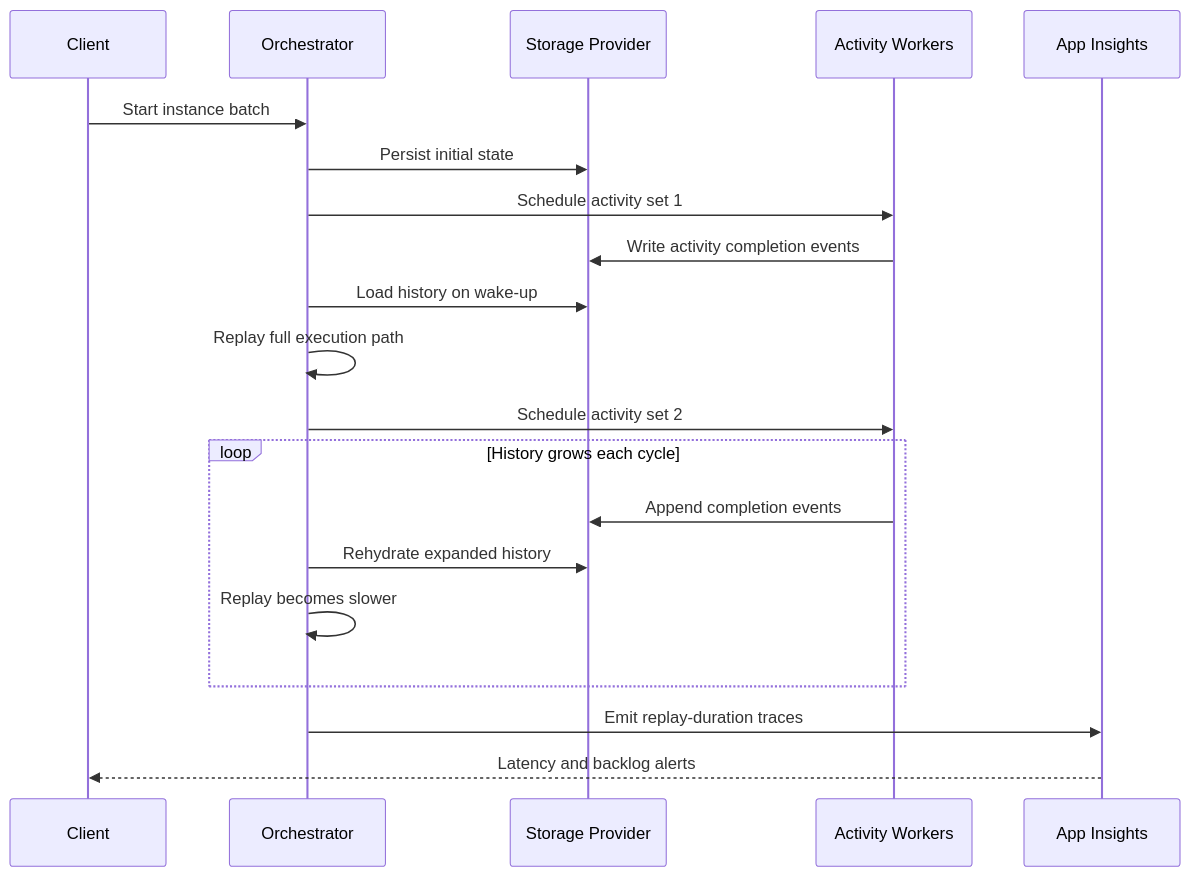
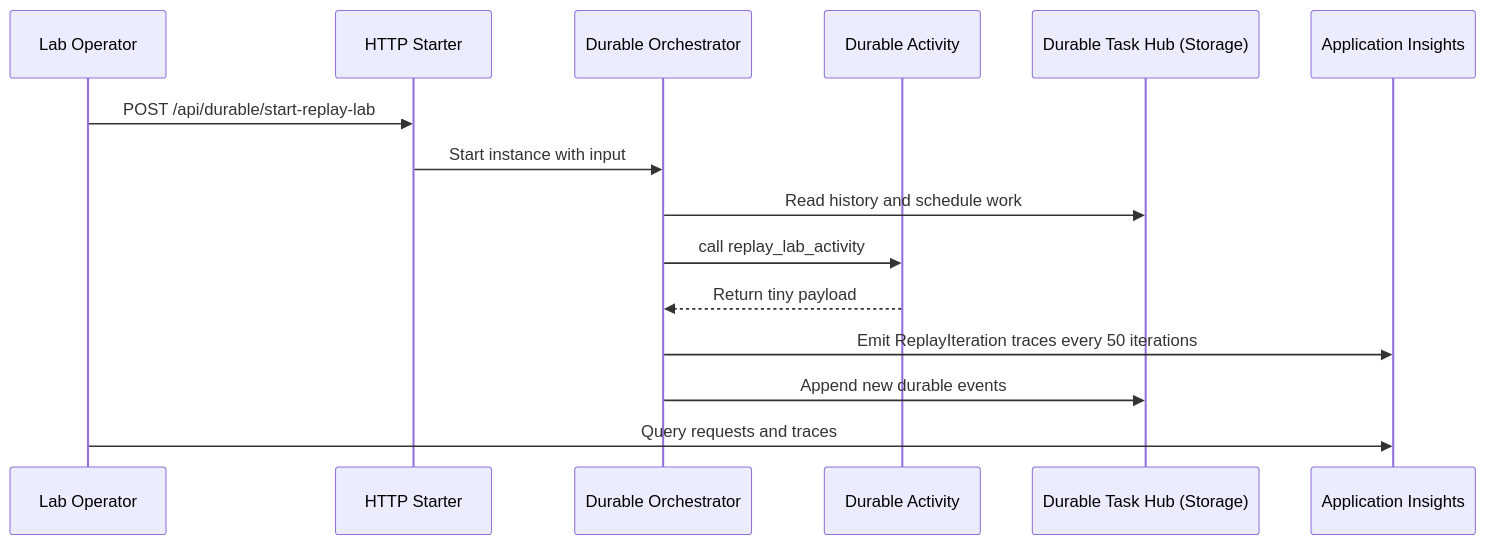
Before and after one commit to yeongseon/azure-functions-practical-guide: the second of 6 diagrams in docs/troubleshooting/lab-guides/durable-replay-storm.md, drawn with Mermaid. The commit also changed other lines of this file and 21 other files, not shown here.

````diff
--- a/docs/troubleshooting/lab-guides/durable-replay-storm.md
+++ b/docs/troubleshooting/lab-guides/durable-replay-storm.md
@@ -54,22 +53,18 @@
 ```mermaid
 sequenceDiagram
-    participant C as Client
-    participant O as Orchestrator
-    participant S as Storage Provider
-    participant A as Activity Workers
-    participant AI as App Insights
-    C->>O: Start instance batch
-    O->>S: Persist initial state
-    O->>A: Schedule activity set 1
-    A->>S: Write activity completion events
-    O->>S: Load history on wake-up
-    O->>O: Replay full execution path
-    O->>A: Schedule activity set 2
-    loop History grows each cycle
-        A->>S: Append completion events
-        O->>S: Rehydrate expanded history
-        O->>O: Replay becomes slower
-    end
-    O->>AI: Emit replay-duration traces
-    AI-->>C: Latency and backlog alerts
+    participant Operator as Lab Operator
+    participant Start as HTTP Starter
+    participant Orch as Durable Orchestrator
+    participant Act as Durable Activity
+    participant Hub as Durable Task Hub (Storage)
+    participant AI as Application Insights
+
+    Operator->>Start: POST /api/durable/start-replay-lab
+    Start->>Orch: Start instance with input
+    Orch->>Hub: Read history and schedule work
+    Orch->>Act: call replay_lab_activity
+    Act-->>Orch: Return tiny payload
+    Orch->>AI: Emit ReplayIteration traces every 50 iterations
+    Orch->>Hub: Append new durable events
+    Operator->>AI: Query requests and traces
 ```
````
